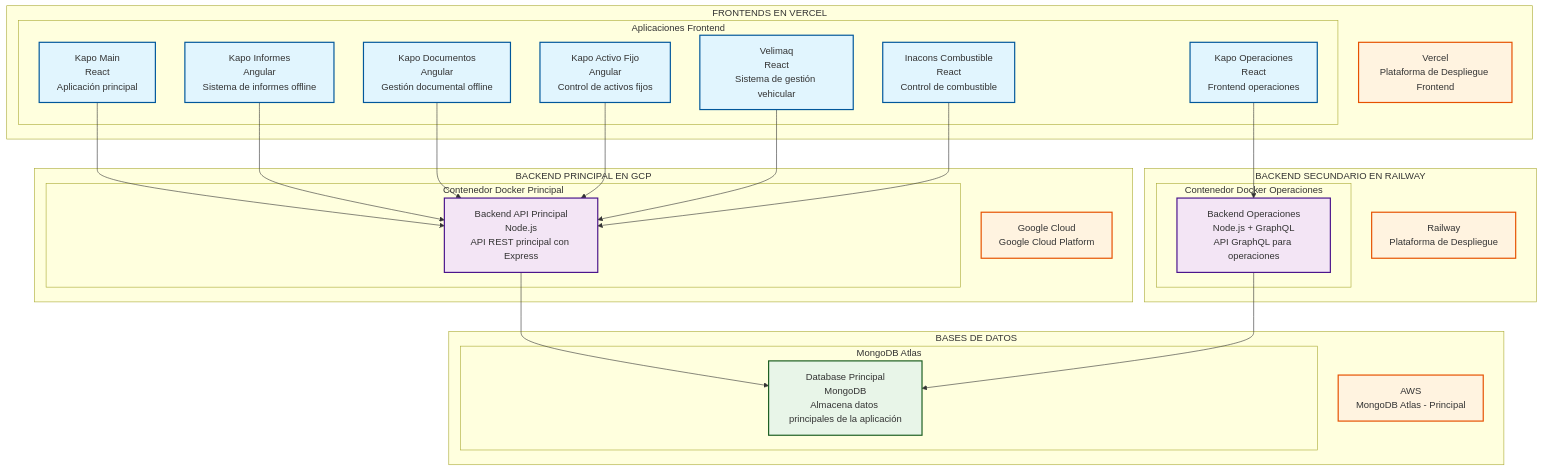
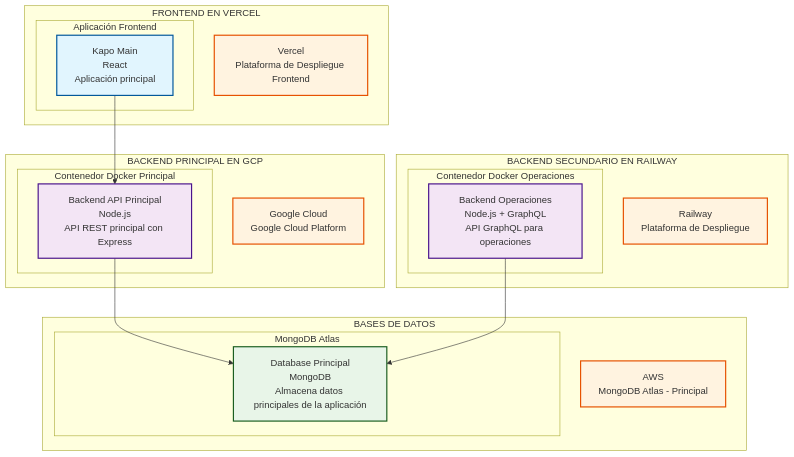
One commit to Rolf-droid/modulo-requerimiento changed the first of 2 diagrams in arquitectura-componentes.md. Above: the diagram before and after it, drawn with Mermaid. The commit also changed other lines of this file, not shown here.

````diff
--- a/arquitectura-componentes.md
+++ b/arquitectura-componentes.md
@@ -5,64 +5,51 @@
 ```mermaid
 graph TB
-
-    subgraph "FRONTENDS EN VERCEL"
+    subgraph "FRONTEND EN VERCEL"
         Vercel["Vercel<br/>Plataforma de Despliegue Frontend"]
         
-        subgraph "Aplicaciones Frontend"
+        subgraph "Aplicación Frontend"
             KapoMain["Kapo Main<br/>React<br/>Aplicación principal"]
-            KapoInformes["Kapo Informes<br/>Angular<br/>Sistema de informes offline"]
-            KapoDocumentos["Kapo Documentos<br/>Angular<br/>Gestión documental offline"]
-            KapoActivoFijo["Kapo Activo Fijo<br/>Angular<br/>Control de activos fijos"]
-            Velimaq["Velimaq<br/>React<br/>Sistema de gestión vehicular"]
-            InaconsCombustible["Inacons Combustible<br/>React<br/>Control de combustible"]
-            KapoOperacionesFront["Kapo Operaciones<br/>React<br/>Frontend operaciones"]
         end
     end
 
     subgraph "BACKEND PRINCIPAL EN GCP"
         GCP["Google Cloud<br/>Google Cloud Platform"]
         
         subgraph "Contenedor Docker Principal"
             BackendMain["Backend API Principal<br/>Node.js<br/>API REST principal con Express"]
         end
     end
 
     subgraph "BACKEND SECUNDARIO EN RAILWAY"
         Railway["Railway<br/>Plataforma de Despliegue"]
         
         subgraph "Contenedor Docker Operaciones"
             BackendOps["Backend Operaciones<br/>Node.js + GraphQL<br/>API GraphQL para operaciones"]
         end
     end
 
     subgraph "BASES DE DATOS"
         AWS["AWS<br/>MongoDB Atlas - Principal"]
         
         subgraph "MongoDB Atlas"
             MongoDBMain["Database Principal<br/>MongoDB<br/>Almacena datos principales de la aplicación"]
         end
     end
 
     %% Conexiones
     KapoMain --> BackendMain
-    KapoInformes --> BackendMain
-    KapoDocumentos --> BackendMain
-    KapoActivoFijo --> BackendMain
-    Velimaq --> BackendMain
-    InaconsCombustible --> BackendMain
-    KapoOperacionesFront --> BackendOps
     
     BackendMain --> MongoDBMain
     BackendOps --> MongoDBMain
 
     %% Estilos
     classDef frontend fill:#e1f5fe,stroke:#01579b,stroke-width:2px
     classDef backend fill:#f3e5f5,stroke:#4a148c,stroke-width:2px
     classDef database fill:#e8f5e8,stroke:#1b5e20,stroke-width:2px
     classDef platform fill:#fff3e0,stroke:#e65100,stroke-width:2px
 
-    class KapoMain,KapoInformes,KapoDocumentos,KapoActivoFijo,Velimaq,InaconsCombustible,KapoOperacionesFront frontend
+    class KapoMain frontend
     class BackendMain,BackendOps backend
     class MongoDBMain database
     class Vercel,GCP,Railway,AWS platform
 ```
````
